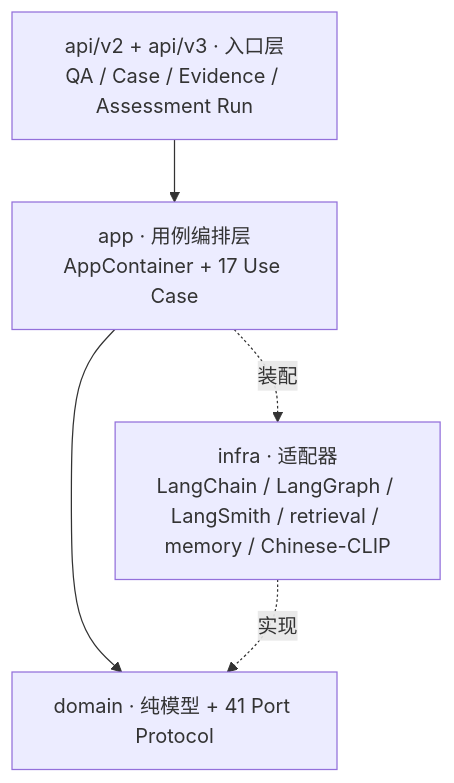
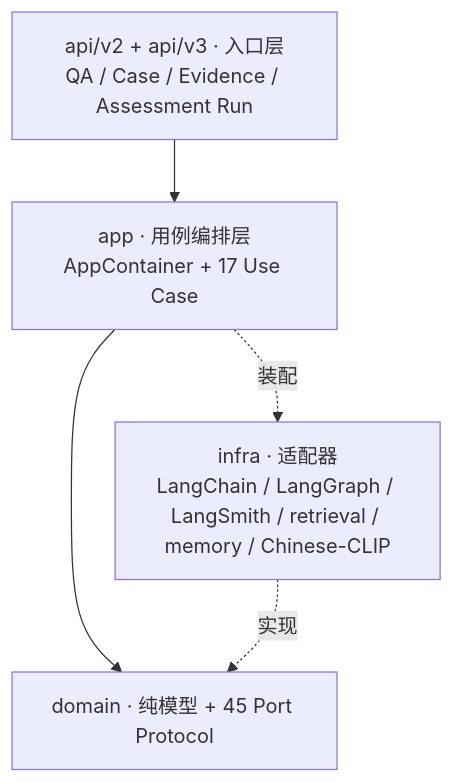
One commit to Melodymll01/riskpilot-cross-border-data-agent changed the first of 2 diagrams in README.md. Above: the diagram before and after it, drawn with Mermaid. The commit also changed other lines of this file and 45 other files, not shown here.

````diff
--- a/README.md
+++ b/README.md
@@ -75,11 +77,11 @@
 ```mermaid
 flowchart TB
     API[api/v2 + api/v3 · 入口层<br/>QA / Case / Evidence / Assessment Run]
     APP[app · 用例编排层<br/>AppContainer + 17 Use Case]
-    DOMAIN[domain · 纯模型 + 41 Port Protocol]
+    DOMAIN[domain · 纯模型 + 45 Port Protocol]
     INFRA[infra · 适配器<br/>LangChain / LangGraph / LangSmith / retrieval / memory / Chinese-CLIP]
 
     API --> APP --> DOMAIN
     INFRA -.实现.-> DOMAIN
     APP -.装配.-> INFRA
 ```
````
